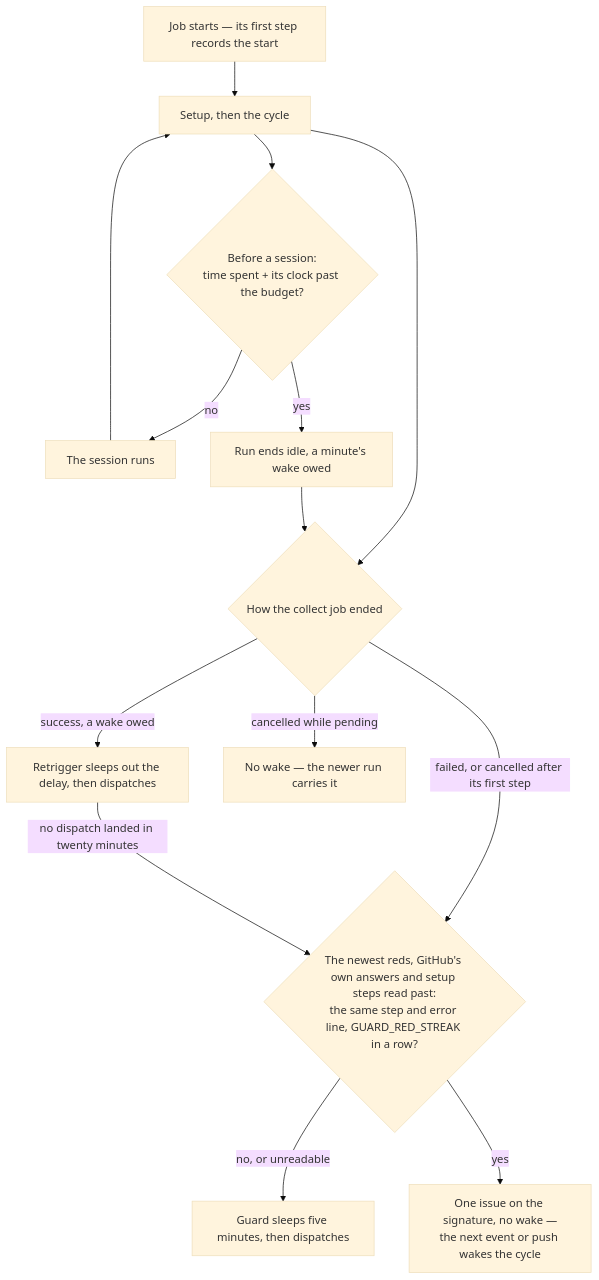
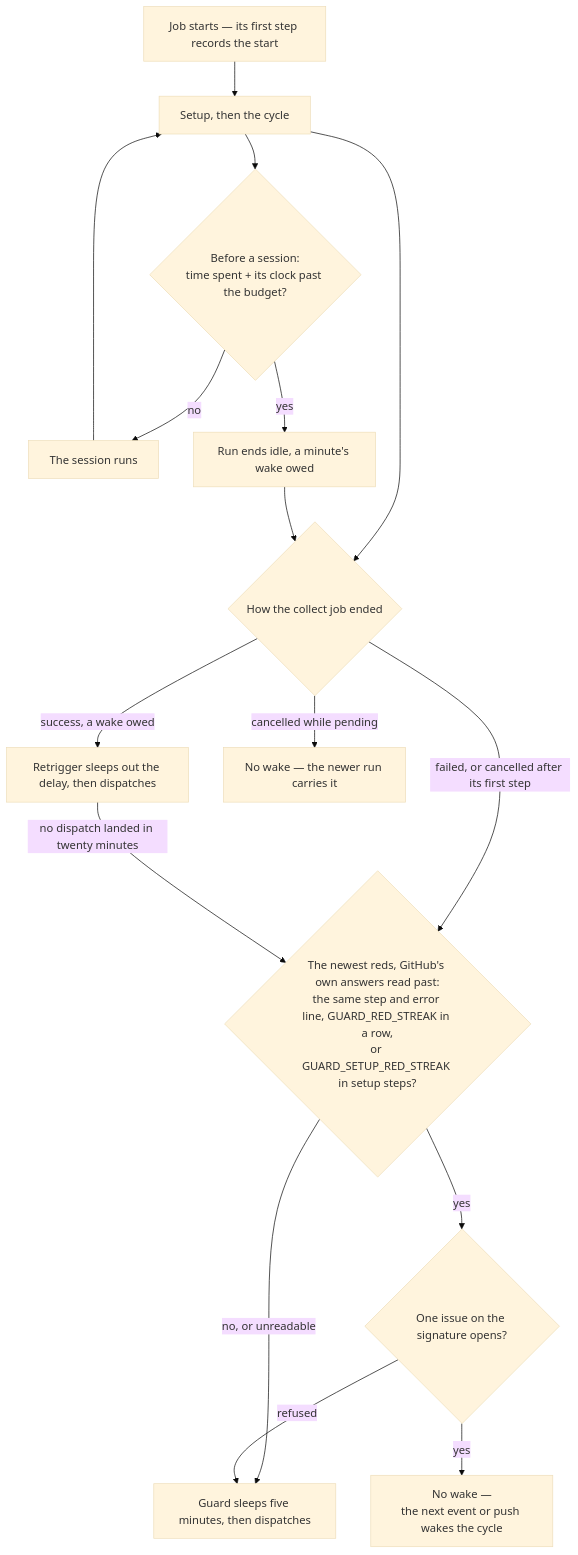
Before and after one commit to Esposter/Esposter: the fourth of 4 diagrams in apps/web/content/docs/infra/review-collector/runner.md, drawn with Mermaid (base theme). The commit also changed other lines of this file and 12 other files, not shown here.

First line of the commit message:
fix(scripts): the guard holds the cycle only once its issue is open, counts the setup's reds in a longer streak of their own, and asks for its dispatch for twenty minutes

````diff
--- a/apps/web/content/docs/infra/review-collector/runner.md
+++ b/apps/web/content/docs/infra/review-collector/runner.md
@@ -120,16 +120,18 @@
 ```mermaid
 flowchart TD
   S[Job starts — its first step records the start] --> C[Setup, then the cycle]
   C --> Q{Before a session:<br/>time spent + its clock past the budget?}
   Q -->|no| R[The session runs]
   R --> C
   Q -->|yes| I[Run ends idle, a minute's wake owed]
   C --> E{How the collect job ended}
   I --> E
   E -->|success, a wake owed| T[Retrigger sleeps out the delay, then dispatches]
-  E -->|failed, or cancelled after its first step| H{The newest reds, GitHub's own answers and setup steps read past:<br/>the same step and error line, GUARD_RED_STREAK in a row?}
+  E -->|failed, or cancelled after its first step| H{The newest reds, GitHub's own answers read past:<br/>the same step and error line, GUARD_RED_STREAK in a row,<br/>or GUARD_SETUP_RED_STREAK in setup steps?}
   T -->|no dispatch landed in twenty minutes| H
   H -->|no, or unreadable| G[Guard sleeps five minutes, then dispatches]
-  H -->|yes| K[One issue on the signature, no wake —<br/>the next event or push wakes the cycle]
+  H -->|yes| O{One issue on the signature opens?}
+  O -->|refused| G
+  O -->|yes| K[No wake —<br/>the next event or push wakes the cycle]
   E -->|cancelled while pending| N[No wake — the newer run carries it]
 ```
````
